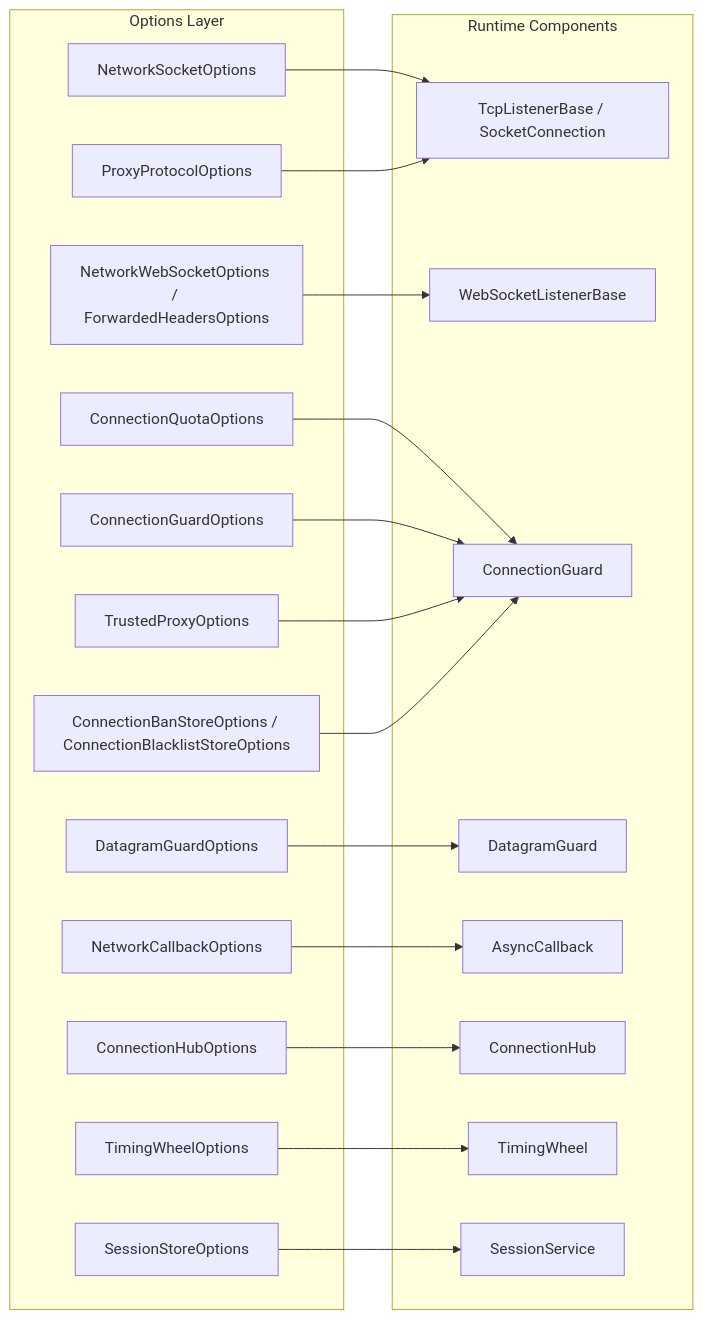
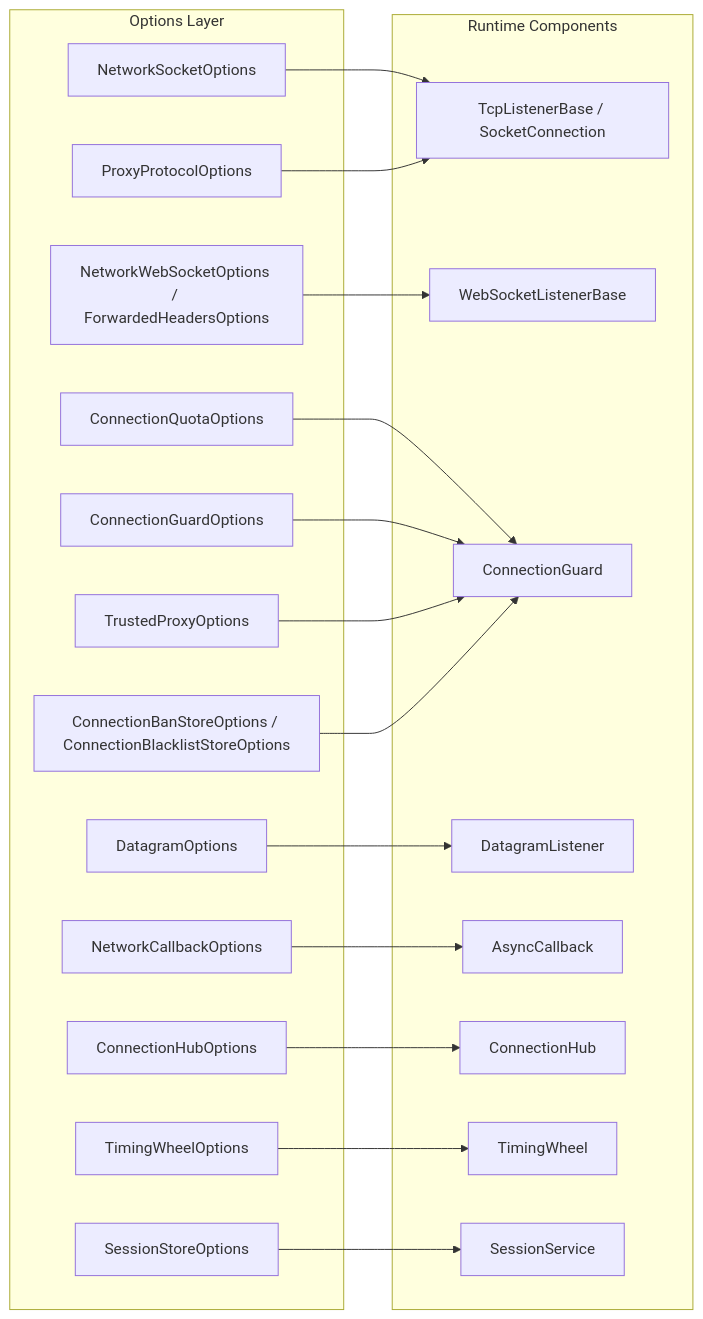
One commit to ppn-systems/nalix-docs changed the diagram in src/content/docs/en-us/api/options/network/options.md. Above: the diagram before and after it, drawn with Mermaid. The commit also changed other lines of this file and 257 other files, not shown here.

````diff
--- a/src/content/docs/en-us/api/options/network/options.md
+++ b/src/content/docs/en-us/api/options/network/options.md
@@ -15,41 +15,41 @@
 ```mermaid
 flowchart LR
     subgraph Config["Options Layer"]
         NSO["NetworkSocketOptions"]
         NWSO["NetworkWebSocketOptions / ForwardedHeadersOptions"]
         PPO["ProxyProtocolOptions"]
         CQO["ConnectionQuotaOptions"]
         CGO["ConnectionGuardOptions"]
         TPO["TrustedProxyOptions"]
         CBSO["ConnectionBanStoreOptions / ConnectionBlacklistStoreOptions"]
-        DGO["DatagramGuardOptions"]
+        DGO["DatagramOptions"]
         NCO["NetworkCallbackOptions"]
         CHO["ConnectionHubOptions"]
         TWO["TimingWheelOptions"]
         SSO["SessionStoreOptions"]
     end
 
     subgraph Runtime["Runtime Components"]
         TCP["TcpListenerBase / SocketConnection"]
         WS["WebSocketListenerBase"]
         CG["ConnectionGuard"]
-        DG["DatagramGuard"]
+        DG["DatagramListener"]
         AC["AsyncCallback"]
         Hub["ConnectionHub"]
         TW["TimingWheel"]
         SS["SessionService"]
     end
 
     NSO --> TCP
     PPO --> TCP
     NWSO --> WS
     CQO --> CG
     CGO --> CG
     TPO --> CG
     CBSO --> CG
     DGO --> DG
     NCO --> AC
     CHO --> Hub
     TWO --> TW
     SSO --> SS
 ```
````
